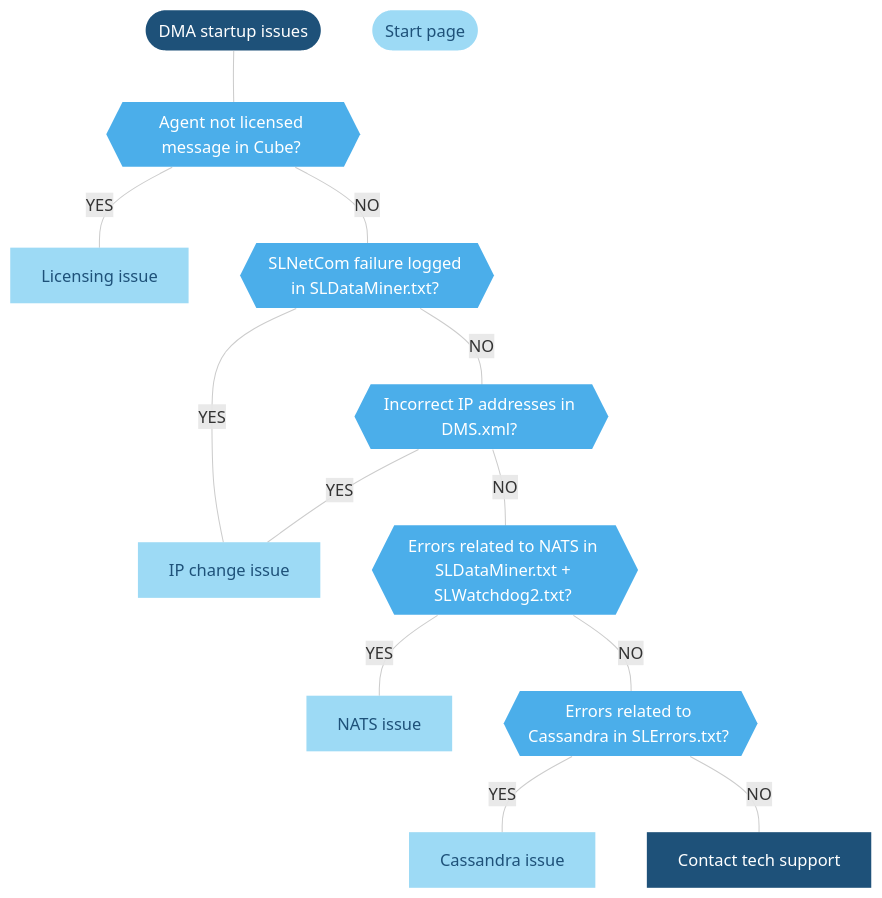
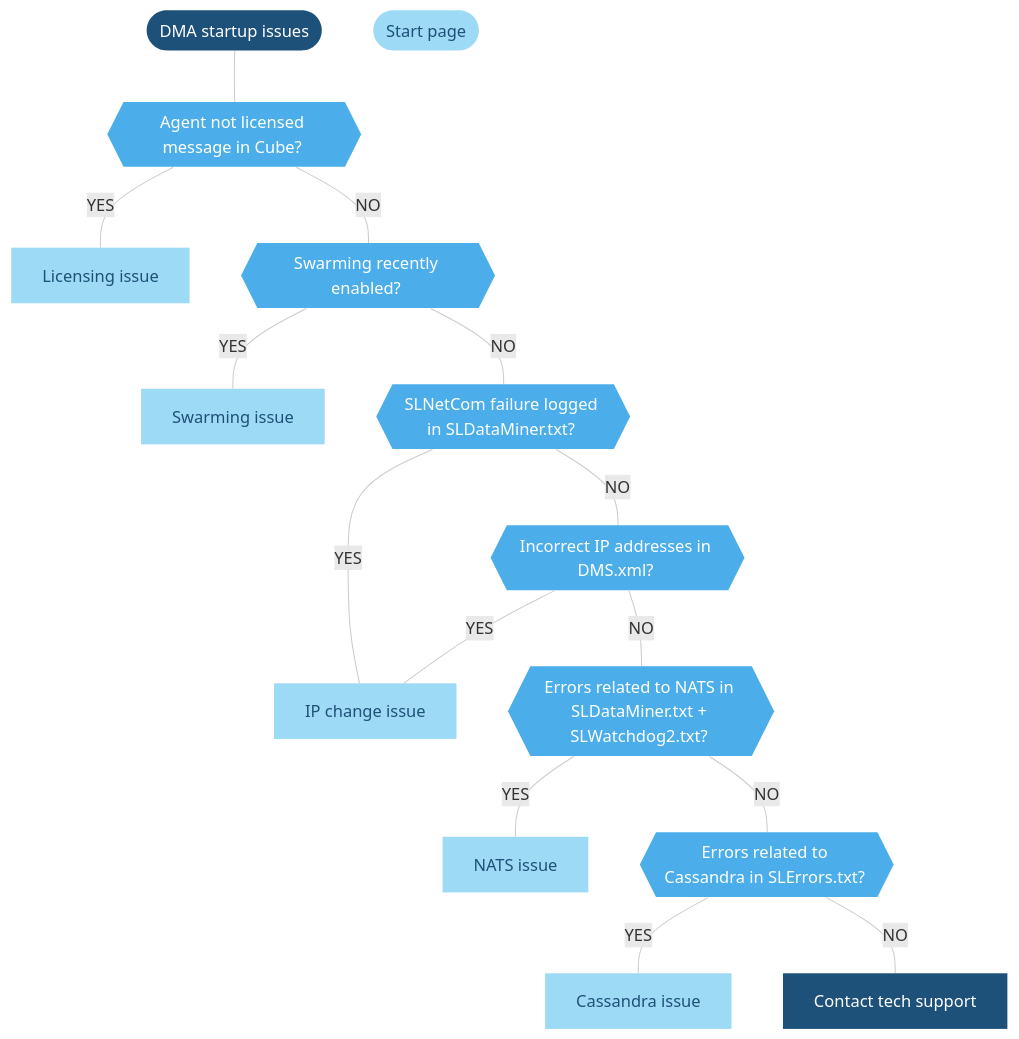
The diagram in user-guide/Troubleshooting/Troubleshooting_Flowcharts/Troubleshooting_Startup_Issues.md (SkylineCommunications/dataminer-docs), drawn with Mermaid before and after one commit. The commit also changed other lines of this file and 14 other files, not shown here.

````diff
--- a/user-guide/Troubleshooting/Troubleshooting_Flowcharts/Troubleshooting_Startup_Issues.md
+++ b/user-guide/Troubleshooting/Troubleshooting_Flowcharts/Troubleshooting_Startup_Issues.md
@@ -9,48 +9,53 @@
 ```mermaid
 flowchart TD
 %% Define styles %%
 linkStyle default stroke:#cccccc
 classDef LightBlue fill:#9DDAF5,stroke:#000070,stroke-width:0px, color:#1E5179;
 classDef Blue fill:#4BAEEA,stroke:#000070,stroke-width:0px, color:#FFFFFF;
 classDef DarkGray fill:#58595B,stroke:#000070,stroke-width:0px, color:#FFFFFF;
 classDef Gray fill:#999999,stroke:#000070,stroke-width:0px, color:#FFFFFF;
 classDef DarkBlue fill:#1E5179,stroke:#000070,stroke-width:0px, color:#FFFFFF;
 classDef classExternalRef fill:#9ddaf5,stroke:#9ddaf5,color:#1E5179,stroke-width:0px;
 %% Define blocks %%
 DMAStartupIssues([DMA startup issues])
 AgentNotLicensed{{"Agent not licensed message in Cube? <br/>"}}
+SwarmingEnabled{{"Swarming recently enabled? <br/>"}}
 SLNetComFailure{{"SLNetCom failure logged in SLDataMiner.txt? <br/>"}}
 IncorrectIPAddresses{{"Incorrect IP addresses in DMS.xml? <br/>"}}
 NATSErrors{{"Errors related to NATS in SLDataMiner.txt + SLWatchdog2.txt? <br/>"}}
 CassandraErrors{{"Errors related to Cassandra in SLErrors.txt? <br/> "}}
 LicensingIssue["Licensing issue"]
+SwarmingIssue["Swarming issue"]
 IPChangeIssue["IP change issue"]
 NATSIssue["NATS issue"]
 CassandraIssue["Cassandra issue"]
 ContactTechSupport["Contact tech support"]
 %% Connect blocks %%
 DMAStartupIssues --- AgentNotLicensed
 Home([Start page])
 AgentNotLicensed --- |YES| LicensingIssue
-AgentNotLicensed --- |NO| SLNetComFailure
+AgentNotLicensed --- |NO| SwarmingEnabled
+SwarmingEnabled --- |YES| SwarmingIssue
+SwarmingEnabled --- |NO| SLNetComFailure
 SLNetComFailure --- |YES| IPChangeIssue
 SLNetComFailure --- |NO| IncorrectIPAddresses
 IncorrectIPAddresses --- |YES| IPChangeIssue
 IncorrectIPAddresses --- |NO| NATSErrors
 NATSErrors --- |YES| NATSIssue
 NATSErrors --- |NO| CassandraErrors
 CassandraErrors --- |YES| CassandraIssue
 CassandraErrors --- |NO| ContactTechSupport
 %% Define hyperlinks %%
 click Home "/user-guide/Troubleshooting/Troubleshooting_Flowcharts/Finding_a_Root_Cause.html"
 click LicensingIssue "/user-guide/Troubleshooting/Troubleshooting_Flowcharts/Troubleshooting_Startup_Issues.html#licensing-issue"
+click SwarmingIssue "/user-guide/Troubleshooting/Troubleshooting_Flowcharts/Troubleshooting_Startup_Issues.html#swarming-issue"
 click IPChangeIssue "/user-guide/Troubleshooting/Troubleshooting_Flowcharts/Troubleshooting_Startup_Issues.html#ip-change-issue"
 click NATSIssue "/user-guide/Troubleshooting/Troubleshooting_Flowcharts/Troubleshooting_Startup_Issues.html#nats-issue"
 click CassandraIssue "/user-guide/Troubleshooting/Troubleshooting_Flowcharts/Troubleshooting_Startup_Issues.html#cassandra-issue"
 click ContactTechSupport "/user-guide/Troubleshooting/Contacting_tech_support.html"
 %% Apply styles to blocks %%
 class DMAStartupIssues,ContactTechSupport DarkBlue;
-class LicensingIssue,IPChangeIssue,NATSIssue,CassandraIssue classExternalRef;
-class AgentNotLicensed,SLNetComFailure,IncorrectIPAddresses,NATSErrors,CassandraErrors Blue;
+class LicensingIssue,SwarmingIssue,IPChangeIssue,NATSIssue,CassandraIssue classExternalRef;
+class AgentNotLicensed,SwarmingEnabled,SLNetComFailure,IncorrectIPAddresses,NATSErrors,CassandraErrors Blue;
 class Home LightBlue;
 ```
````
